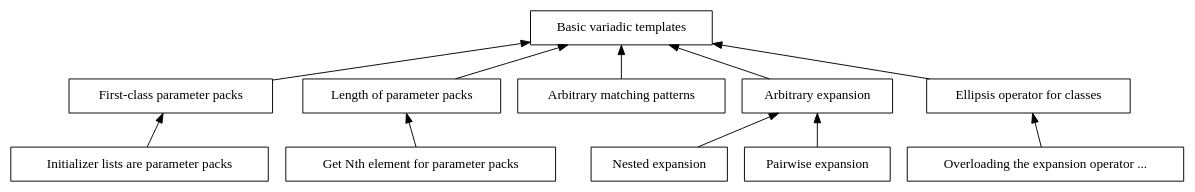
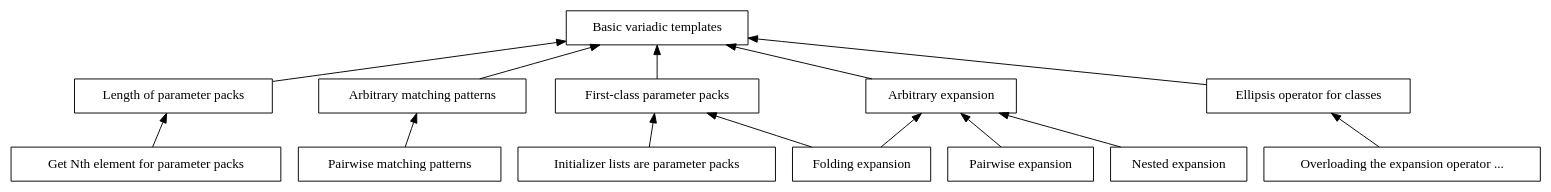
The diagram in sandbox/committee/vt_deps.dot (tonado/boost), drawn with Graphviz before and after one commit. The commit also changed 1 other file, not shown here.

Commit message:
First finished draft

```diff
--- a/sandbox/committee/vt_deps.dot
+++ b/sandbox/committee/vt_deps.dot
@@ -1,39 +1,40 @@
 digraph vt_deps {
 #  size="6,6";
   node [shape="rectangle"];
   edge [dir="back"];  
 
   BasicVariadics [label="Basic variadic templates"];
   FirstClassPP [label="First-class parameter packs"];
   Initializers [label="Initializer lists are parameter packs"];
 
   LengthOfPP [label="Length of parameter packs"];
   NthElement [label="Get Nth element for parameter packs"];
 
   ArbitraryMatching [label="Arbitrary matching patterns"];
-
+  PairwiseMatching [label="Pairwise matching patterns"];
   ArbitraryExpansion [label="Arbitrary expansion"];
   NestedExpansion [label="Nested expansion"];
   PairwiseExpansion [label="Pairwise expansion"]; 
+  FoldingExpansion [label="Folding expansion"];
 
   EllipsisForClasses [label="Ellipsis operator for classes"];
   OverloadingEllipsis [label="Overloading the expansion operator ..."];
 
   BasicVariadics -> FirstClassPP;
+  FirstClassPP -> Initializers;
 
   BasicVariadics -> LengthOfPP;
-
   LengthOfPP -> NthElement;
 
-  FirstClassPP -> Initializers;
-
   BasicVariadics -> ArbitraryMatching;
+  ArbitraryMatching -> PairwiseMatching;
 
   BasicVariadics -> EllipsisForClasses;
   EllipsisForClasses -> OverloadingEllipsis;
 
   BasicVariadics -> ArbitraryExpansion;
-
   ArbitraryExpansion -> NestedExpansion;
   ArbitraryExpansion -> PairwiseExpansion;
+  ArbitraryExpansion -> FoldingExpansion;
+  FirstClassPP -> FoldingExpansion;
 }
```
